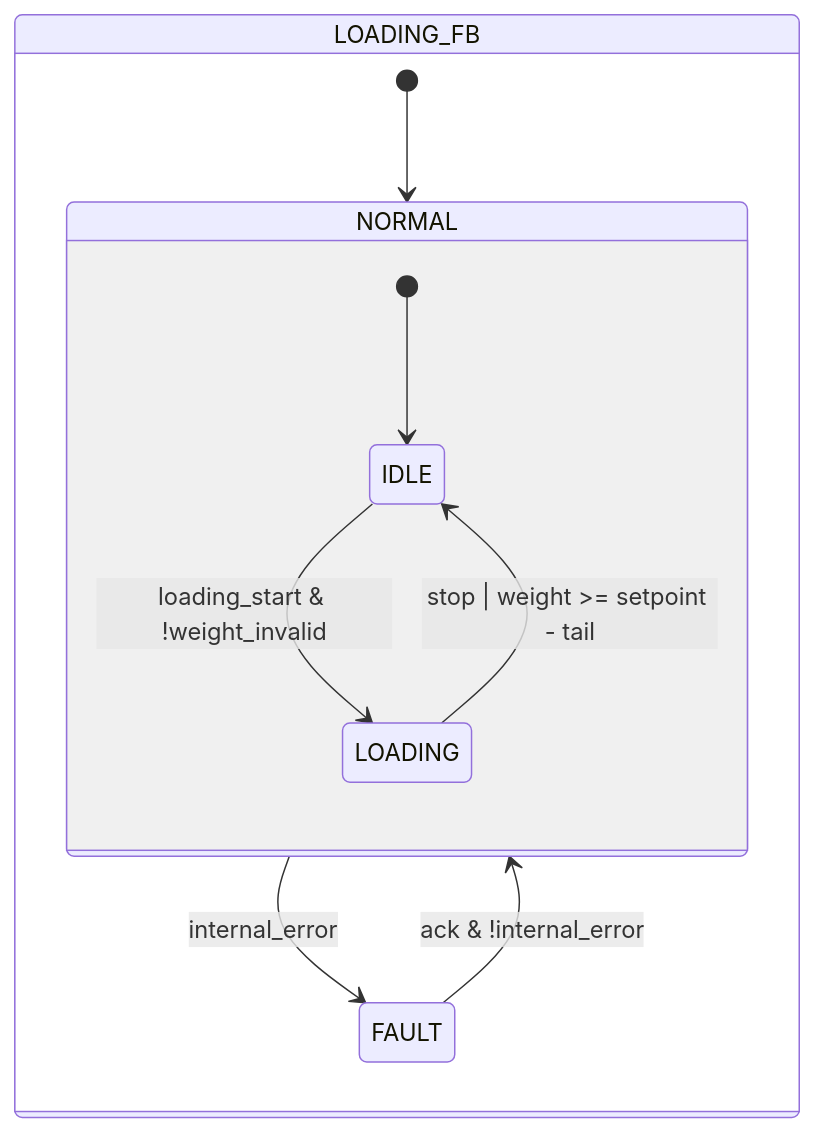
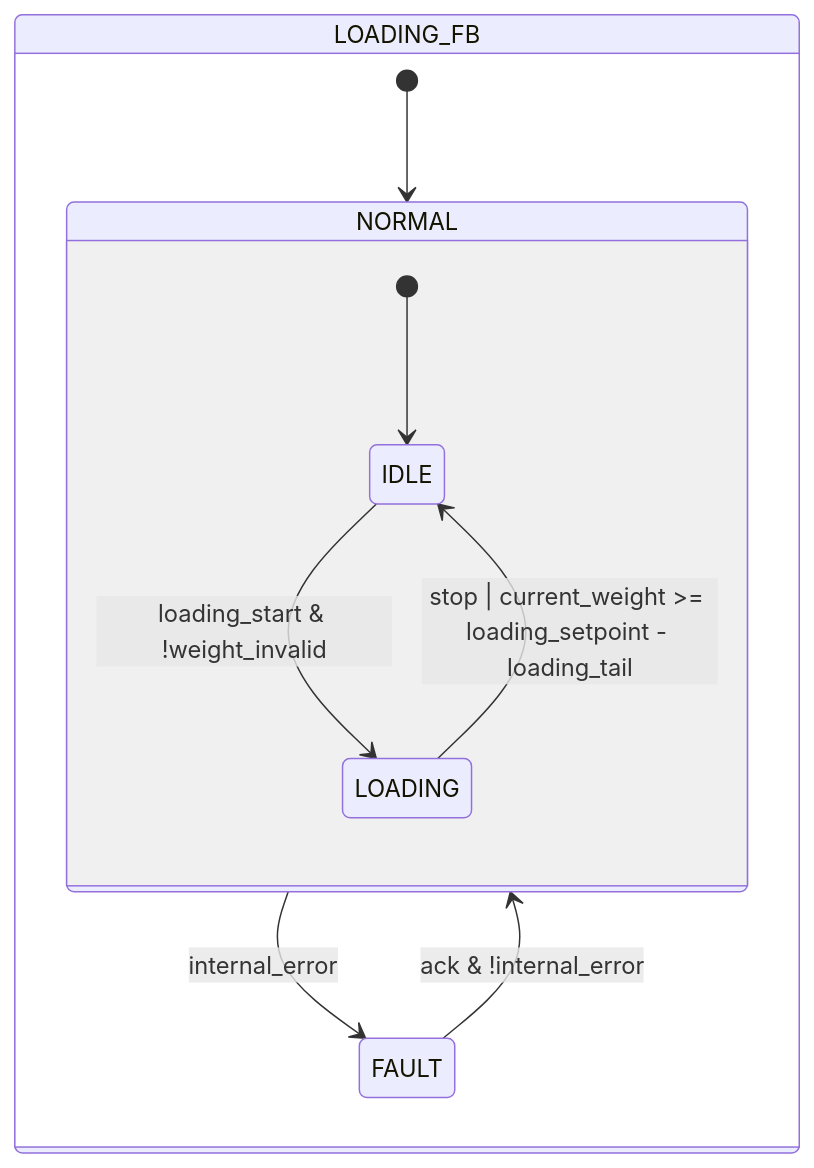
One commit to AleFire99/TIA_knowledge changed the second of 3 diagrams in docs/en/library/load-cells/loading-unloading/index.md. Above: the diagram before and after it, drawn with Mermaid. The commit also changed other lines of this file and 17 other files, not shown here.

````diff
--- a/docs/en/library/load-cells/loading-unloading/index.md
+++ b/docs/en/library/load-cells/loading-unloading/index.md
@@ -153,15 +153,15 @@
 ```mermaid
 stateDiagram-v2
 state LOADING_FB{
     [*] --> NORMAL
 
     NORMAL --> FAULT : internal_error
     FAULT --> NORMAL : ack & !internal_error
 
     state NORMAL {
         [*] --> IDLE
         IDLE --> LOADING : loading_start & !weight_invalid
-        LOADING --> IDLE : stop | weight >= setpoint - tail
+        LOADING --> IDLE : stop | current_weight >= loading_setpoint - loading_tail
     }
 }
 ```
````
